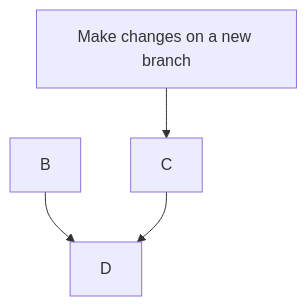
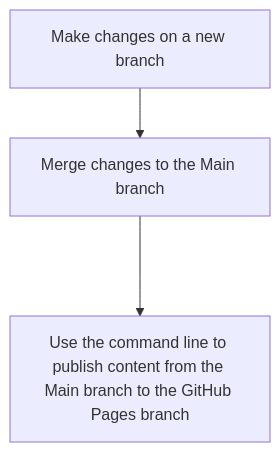
One commit to OpenGeoMetadata/opengeometadata.github.io changed the diagram in README.md. Above: the diagram before and after it, drawn with Mermaid.

````diff
--- a/README.md
+++ b/README.md
@@ -59,6 +59,5 @@
 ```mermaid
 graph TD;
-    A[Make changes on a new branch]-->C;
-    B-->D;
-    C-->D;
+    A[Make changes on a new branch]-->B[Merge changes to the Main branch];
+    B[Merge changes to the Main branch]--->C[Use the command line to publish content from the Main branch to the GitHub Pages branch]
 ```
````
